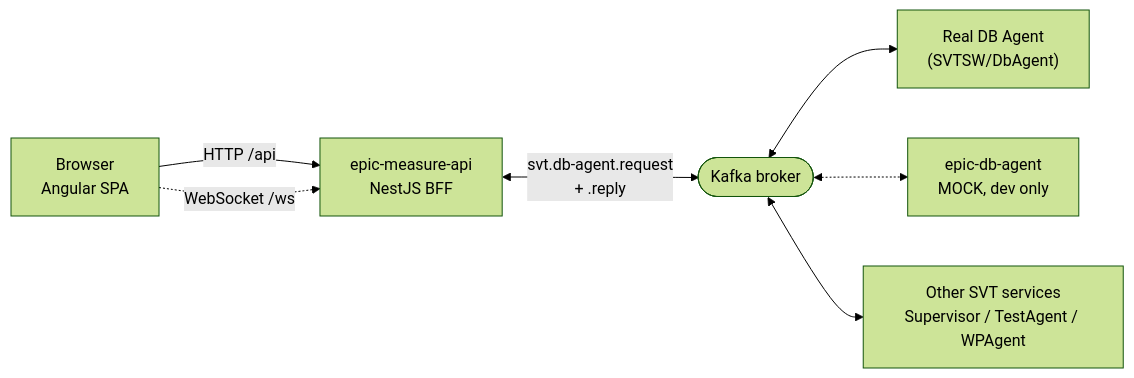
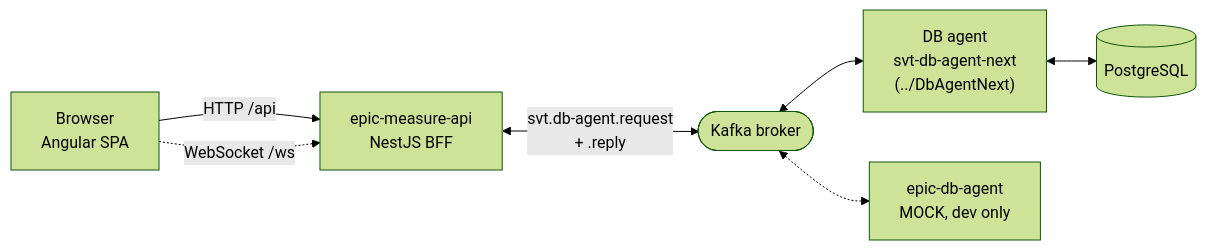
One commit to SVT-WP2/SVTSW changed the first of 2 diagrams in UI/docs/ARCHITECTURE.md. Above: the diagram before and after it, drawn with Mermaid (forest theme). The commit also changed other lines of this file and 918 other files, not shown here.

````diff
--- a/UI/docs/ARCHITECTURE.md
+++ b/UI/docs/ARCHITECTURE.md
@@ -12,16 +12,16 @@
 ```mermaid
 flowchart LR
     B["Browser<br/>Angular SPA"]
     A["epic-measure-api<br/>NestJS BFF"]
     K(["Kafka broker"])
-    D["Real DB Agent<br/>(SVTSW/DbAgent)"]
+    D["DB agent<br/>svt-db-agent-next<br/>(../DbAgentNext)"]
+    P[("PostgreSQL")]
     M["epic-db-agent<br/>MOCK, dev only"]
-    O["Other SVT services<br/>Supervisor / TestAgent / WPAgent"]
 
     B -->|"HTTP /api"| A
     B -.->|"WebSocket /ws"| A
     A <-->|"svt.db-agent.request<br/>+ .reply"| K
     K <--> D
+    D <--> P
     K <-.-> M
-    K <--> O
 ```
````
